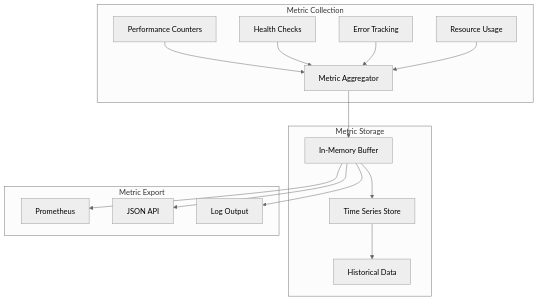
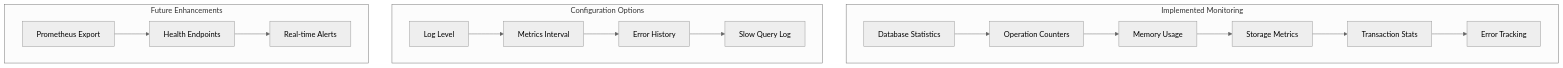
Before and after one commit to cleverra-tech/wombat: the diagram in docs/monitoring.md, drawn with Mermaid (neutral theme). The commit also changed other lines of this file and 4 other files, not shown here.

````diff
--- a/docs/monitoring.md
+++ b/docs/monitoring.md
@@ -7,21 +9,21 @@
 ```mermaid
 graph TB
-    subgraph "Metric Collection"
-        A[Performance Counters] --> B[Metric Aggregator]
-        C[Health Checks] --> B
-        D[Error Tracking] --> B
-        E[Resource Usage] --> B
+    subgraph "Implemented Monitoring"
+        A[Database Statistics] --> B[Operation Counters]
+        B --> C[Memory Usage]
+        C --> D[Storage Metrics]
+        D --> E[Transaction Stats]
+        E --> F[Error Tracking]
     end
     
-    subgraph "Metric Storage"
-        B --> F[In-Memory Buffer]
-        F --> G[Time Series Store]
-        G --> H[Historical Data]
+    subgraph "Configuration Options"
+        G[Log Level] --> H[Metrics Interval]
+        H --> I[Error History]
+        I --> J[Slow Query Log]
     end
     
-    subgraph "Metric Export"
-        F --> I[Prometheus]
-        F --> J[JSON API]
-        F --> K[Log Output]
+    subgraph "Future Enhancements"
+        K[Prometheus Export] --> L[Health Endpoints]
+        L --> M[Real-time Alerts]
     end
 ```
````
